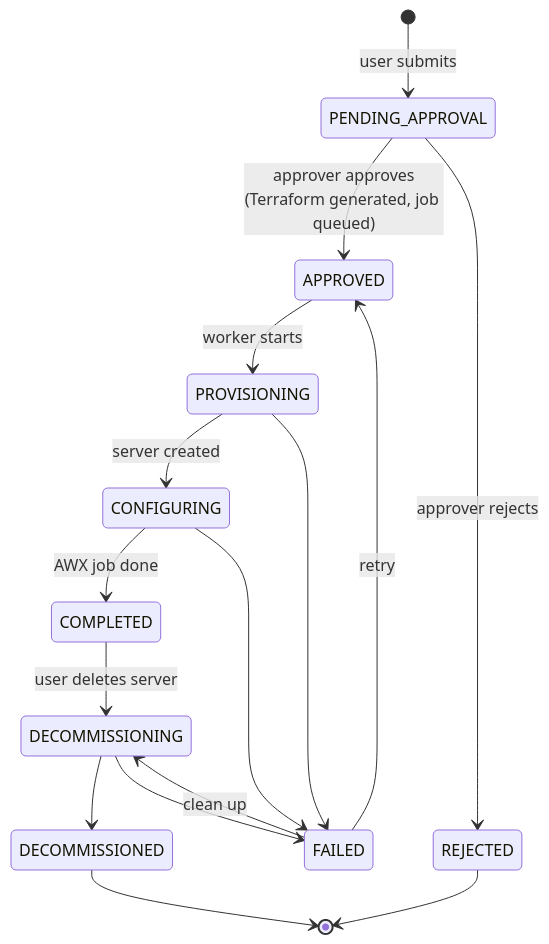
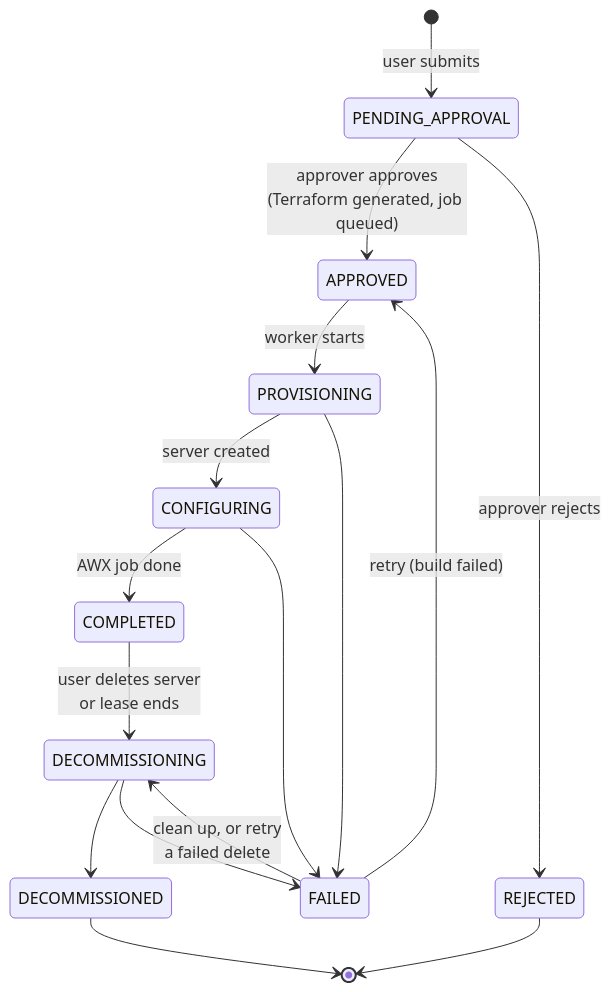
Before and after one commit to Muthujar/infra-portal: the second of 4 diagrams in docs/architecture.md, drawn with Mermaid. The commit also changed other lines of this file and 25 other files, not shown here.

First line of the commit message:
Add submission package: index, diagram images, Windows setup guide, presentation

````diff
--- a/docs/architecture.md
+++ b/docs/architecture.md
@@ -46,18 +50,18 @@
 ```mermaid
 stateDiagram-v2
     [*] --> PENDING_APPROVAL: user submits
     PENDING_APPROVAL --> APPROVED: approver approves<br/>(Terraform generated, job queued)
     PENDING_APPROVAL --> REJECTED: approver rejects
     APPROVED --> PROVISIONING: worker starts
     PROVISIONING --> CONFIGURING: server created
     PROVISIONING --> FAILED
     CONFIGURING --> COMPLETED: AWX job done
     CONFIGURING --> FAILED
-    FAILED --> APPROVED: retry
-    FAILED --> DECOMMISSIONING: clean up
-    COMPLETED --> DECOMMISSIONING: user deletes server
+    FAILED --> APPROVED: retry (build failed)
+    FAILED --> DECOMMISSIONING: clean up, or retry<br/>a failed delete
+    COMPLETED --> DECOMMISSIONING: user deletes server<br/>or lease ends
     DECOMMISSIONING --> DECOMMISSIONED
     DECOMMISSIONING --> FAILED
     REJECTED --> [*]
     DECOMMISSIONED --> [*]
 ```
````
